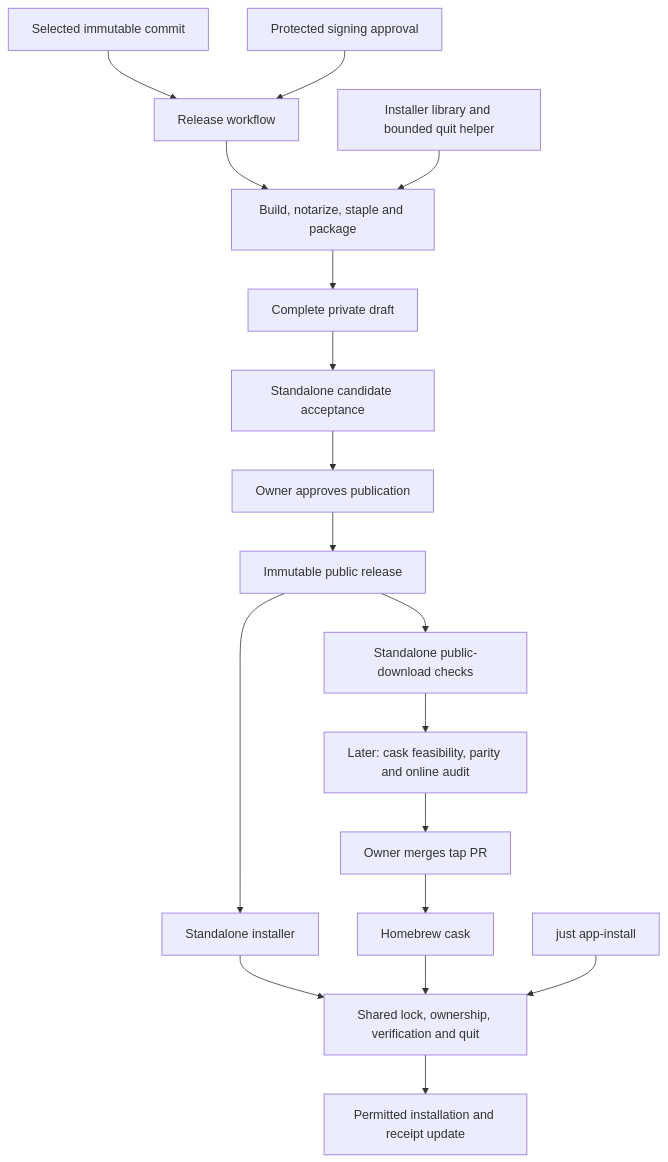
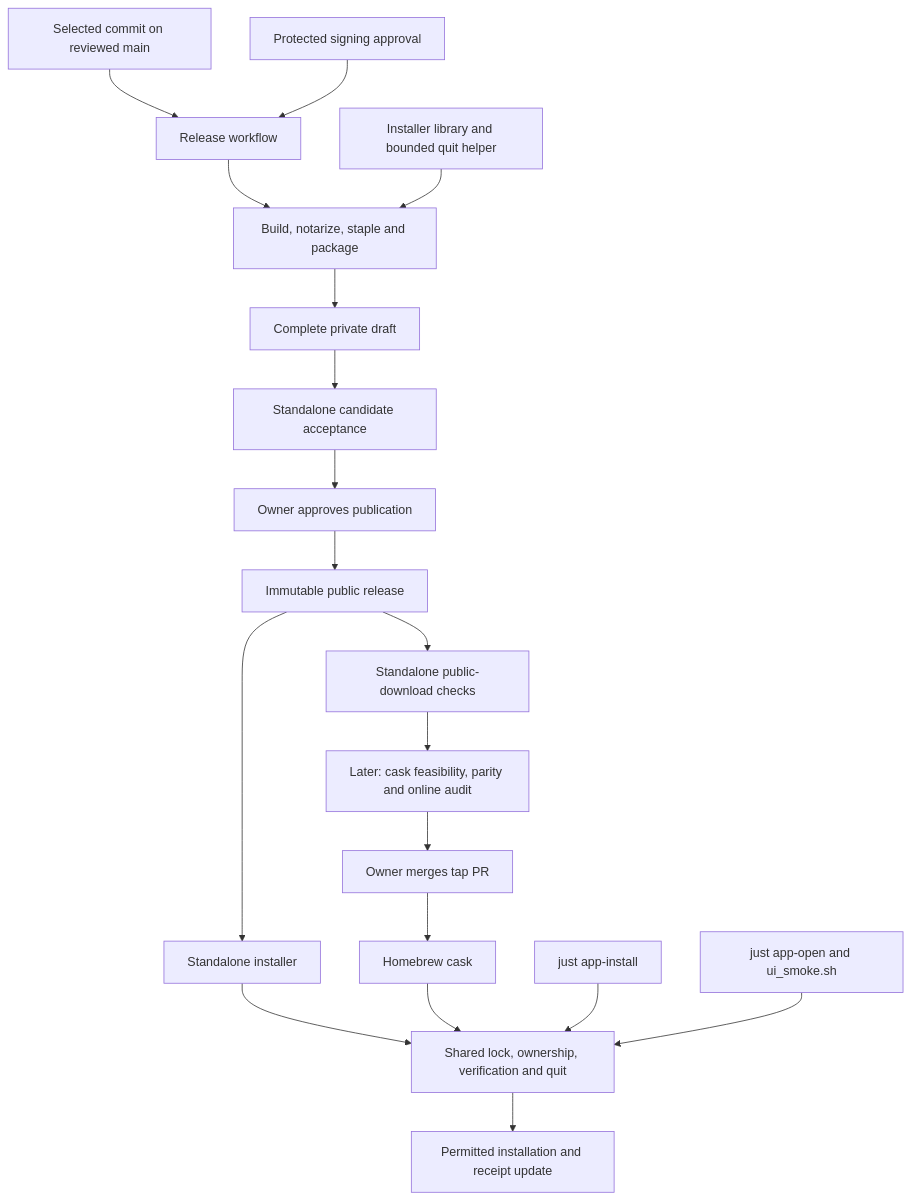
One commit to pipecat-ai/pipecat-service-toolbar changed the first of 2 diagrams in docs/plans/20261117-feature-app-distribution.md. Above: the diagram before and after it, drawn with Mermaid. The commit also changed other lines of this file, not shown here.

First line of the commit message:
docs: apply review findings to app distribution plan

````diff
--- a/docs/plans/20261117-feature-app-distribution.md
+++ b/docs/plans/20261117-feature-app-distribution.md
@@ -303,20 +466,21 @@
 ```mermaid
 graph TD
-    Commit["Selected immutable commit"] --> Workflow["Release workflow"]
+    Commit["Selected commit on reviewed main"] --> Workflow["Release workflow"]
     Approval["Protected signing approval"] --> Workflow
     Workflow --> Package["Build, notarize, staple and package"]
     Helpers["Installer library and bounded quit helper"] --> Package
     Package --> Draft["Complete private draft"]
     Draft --> Candidate["Standalone candidate acceptance"]
     Candidate --> Owner["Owner approves publication"]
     Owner --> Release["Immutable public release"]
     Release --> CLI["Standalone installer"]
     Release --> Public["Standalone public-download checks"]
     Public --> BrewCheck["Later: cask feasibility, parity and online audit"]
     BrewCheck --> Tap["Owner merges tap PR"]
     Tap --> Cask["Homebrew cask"]
     CLI --> Guard["Shared lock, ownership, verification and quit"]
     Cask --> Guard
     Dev["just app-install"] --> Guard
+    Open["just app-open and ui_smoke.sh"] --> Guard
     Guard --> Install["Permitted installation and receipt update"]
 ```
````
